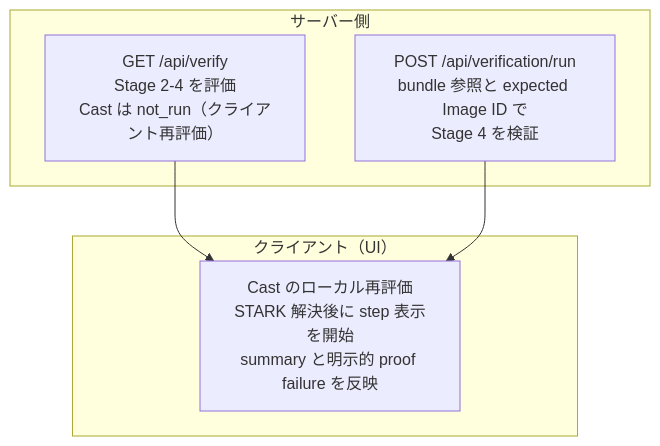
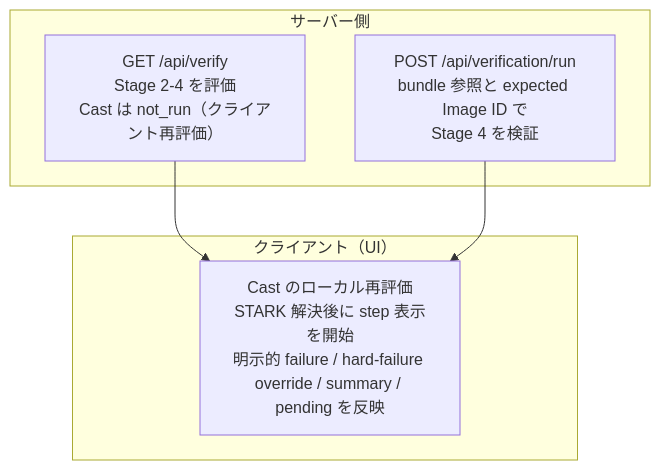
Before and after one commit to hwatanabe-jp/stark-ballot-simulator-public: the first of 2 diagrams in public-book/src/verification/design-and-flow.md, drawn with Mermaid. The commit also changed other lines of this file and 200 other files, not shown here.

````diff
--- a/public-book/src/verification/design-and-flow.md
+++ b/public-book/src/verification/design-and-flow.md
@@ -44,14 +45,14 @@
 ```mermaid
 flowchart TD
   subgraph SERVER["サーバー側"]
     VFY["GET /api/verify<br/>Stage 2-4 を評価<br/>Cast は not_run（クライアント再評価）"]
     RUN["POST /api/verification/run<br/>bundle 参照と expected Image ID で<br/>Stage 4 を検証"]
   end
 
   subgraph CLIENT["クライアント（UI）"]
-    UI["Cast のローカル再評価<br/>STARK 解決後に step 表示を開始<br/>summary と明示的 proof failure を反映"]
+    UI["Cast のローカル再評価<br/>STARK 解決後に step 表示を開始<br/>明示的 failure / hard-failure override / summary / pending を反映"]
   end
 
   VFY --> UI
   RUN --> UI
 ```
````
